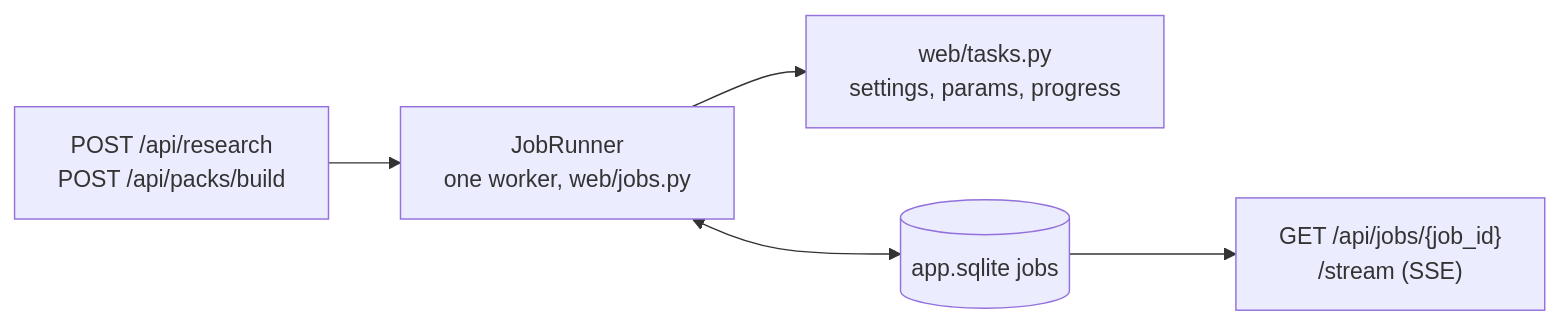
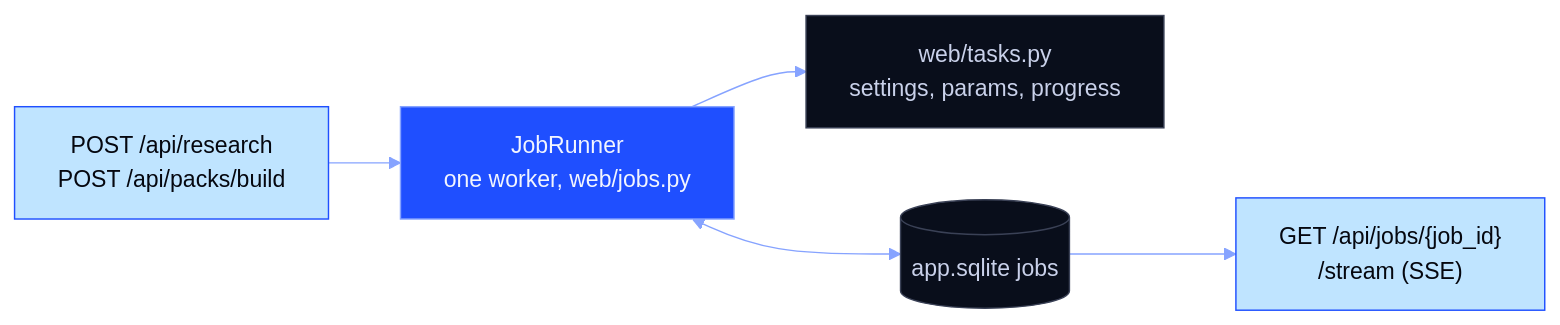
Before and after one commit to Berbadov/kriko: the second of 7 diagrams in docs/INTERNALS.md, drawn with Mermaid. The commit also changed other lines of this file and 21 other files, not shown here.

````diff
--- a/docs/INTERNALS.md
+++ b/docs/INTERNALS.md
@@ -49,7 +50,11 @@
 ```mermaid
+%%{init: {"theme":"base","themeVariables":{"fontFamily":"ui-monospace, SFMono-Regular, Consolas, monospace","primaryColor":"#090E1B","primaryTextColor":"#F2F5FF","primaryBorderColor":"#1F4FFF","lineColor":"#86A3FF","secondaryColor":"#1739C2","tertiaryColor":"#080B16","noteBkgColor":"#BFE4FF","noteTextColor":"#05070F","actorBkg":"#090E1B","actorTextColor":"#F2F5FF","actorBorder":"#1F4FFF","signalColor":"#86A3FF","signalTextColor":"#86A3FF"}}}%%
 flowchart LR
-    P["POST /api/research<br/>POST /api/packs/build"] --> R["JobRunner<br/>one worker, web/jobs.py"]
-    R --> T["web/tasks.py<br/>settings, params, progress"]
-    R <--> S[("app.sqlite jobs")]
-    S --> V["GET /api/jobs/{job_id}<br/>/stream (SSE)"]
+    P["POST /api/research<br/>POST /api/packs/build"]:::ice --> R["JobRunner<br/>one worker, web/jobs.py"]:::brand
+    R --> T["web/tasks.py<br/>settings, params, progress"]:::plain
+    R <--> S[("app.sqlite jobs")]:::plain
+    S --> V["GET /api/jobs/{job_id}<br/>/stream (SSE)"]:::ice
+    classDef brand  fill:#1F4FFF,stroke:#86A3FF,color:#F2F5FF
+    classDef plain  fill:#090E1B,stroke:#3A4156,color:#C9D1EA
+    classDef ice    fill:#BFE4FF,stroke:#1F4FFF,color:#05070F
 ```
````
